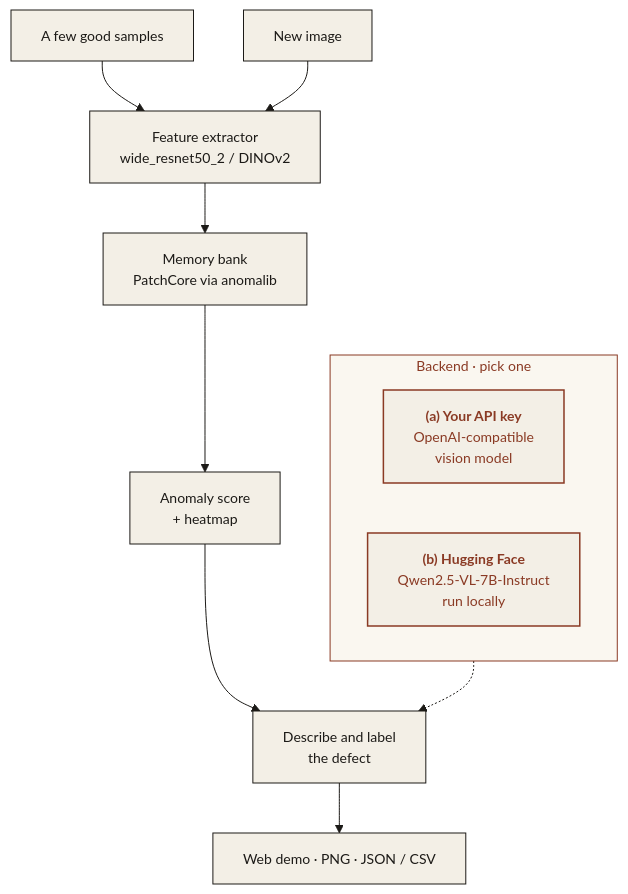
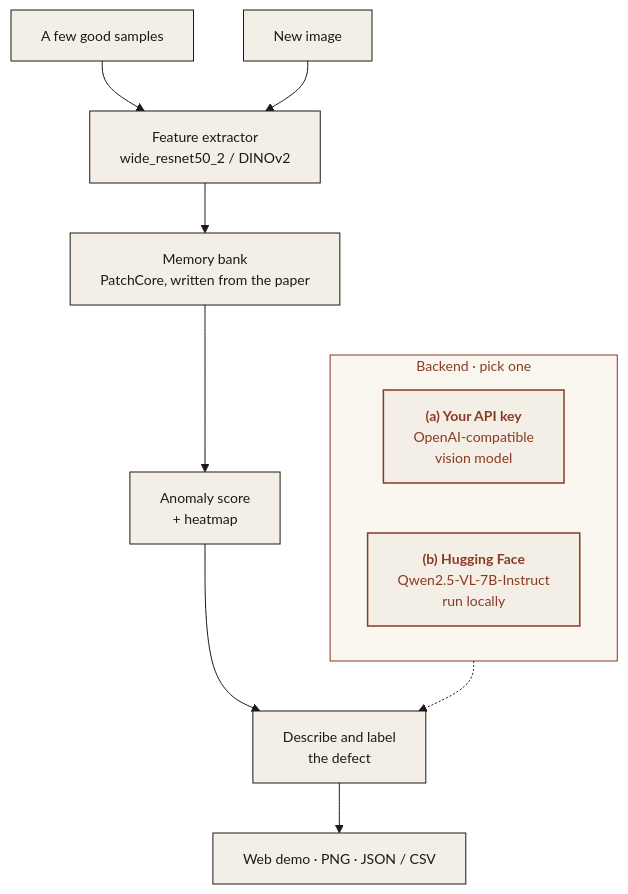
Before and after one commit to ModelShifts/defect-inspector: the diagram in README.md, drawn with Mermaid. The commit also changed other lines of this file, not shown here.

````diff
--- a/README.md
+++ b/README.md
@@ -29,20 +35,20 @@
 ```mermaid
 %%{init: {"theme":"base","flowchart":{"curve":"basis","wrappingWidth":260},"themeVariables":{"fontFamily":"Georgia, Times New Roman, serif","fontSize":"14px","primaryColor":"#f3efe6","primaryTextColor":"#1c1a17","primaryBorderColor":"#1c1a17","lineColor":"#1c1a17","clusterBkg":"#faf7f0","clusterBorder":"#8a3a24","titleColor":"#8a3a24","edgeLabelBackground":"#f3efe6"}}}%%
 flowchart TB
   G["A few good samples"]:::ink --> F["Feature extractor<br/>wide_resnet50_2 / DINOv2"]:::ink
-  F --> M["Memory bank<br/>PatchCore via anomalib"]:::ink
+  F --> M["Memory bank<br/>PatchCore, written from the paper"]:::ink
   T["New image"]:::ink --> F
   M --> HM["Anomaly score<br/>+ heatmap"]:::ink
   HM --> DS["Describe and label<br/>the defect"]:::ink
   DS --> EX["Web demo · PNG · JSON / CSV"]:::ink
   subgraph BK["Backend · pick one"]
     direction LR
     BKA["<b>(a) Your API key</b><br/>OpenAI-compatible<br/>vision model"]:::rust
     BKH["<b>(b) Hugging Face</b><br/>Qwen2.5-VL-7B-Instruct<br/>run locally"]:::rust
   end
   BK -.-> DS
 
   classDef cl fill:#faf7f0,stroke:#8a3a24,stroke-dasharray:4 3,color:#8a3a24;
   classDef ink fill:#f3efe6,stroke:#1c1a17,color:#1c1a17,stroke-width:1px;
   classDef rust fill:#f3efe6,stroke:#8a3a24,color:#8a3a24,stroke-width:1.5px;
 ```
````
